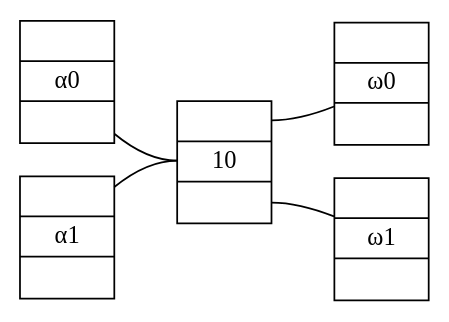
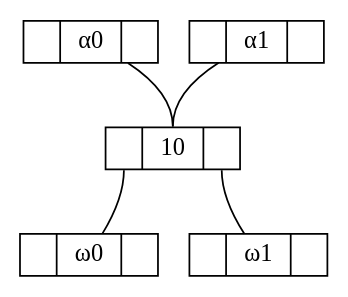
Before and after one commit to grootstebozewolf/networks: the diagram in 2 binairy tree general.gv.dot, drawn with Graphviz. The commit also changed 6 other files, not shown here.

```diff
--- a/2 binairy tree general.gv.dot
+++ b/2 binairy tree general.gv.dot
@@ -1,38 +1,36 @@
-graph "strict" {
-	graph [bb="0,0,234,158",
-		rankdir=LR
-	];
+graph "2 binairy tree general" {
+	graph [bb="0,0,164,144"];
 	node [height=.1,
 		label="\N",
 		shape=record
 	];
-	α0	 [height=0.97222,
+	10	 [height=0.33333,
+		label="<f0> |<f1> 10|<f2>",
+		pos="81.5,72",
+		rects="46.5,60.5,66.5,83.5 66.5,60.5,96.5,83.5 96.5,60.5,116.5,83.5",
+		width=0.97222];
+	ω0	 [height=0.33333,
+		label="<f0> |<f1> ω0|<f2>",
+		pos="36.5,12",
+		rects="0,0.5,20,23.5 20,0.5,53,23.5 53,0.5,73,23.5",
+		width=1.0139];
+	10:f0 -- ω0	 [pos="56.5,60 56.5,46.698 49.634,32.848 43.947,23.659"];
+	ω1	 [height=0.33333,
+		label="<f0> |<f1> ω1|<f2>",
+		pos="127.5,12",
+		rects="91,0.5,111,23.5 111,0.5,144,23.5 144,0.5,164,23.5",
+		width=1.0139];
+	10:f2 -- ω1	 [pos="106.5,60 106.5,46.594 113.71,32.762 119.68,23.606"];
+	α0	 [height=0.33333,
 		label="<f0> |<f1> α0|<f2>",
-		pos="27,123",
-		rects="0,134.5,54,157.5 0,111.5,54,134.5 0,88.5,54,111.5",
-		width=0.75];
-	10	 [height=0.97222,
-		label="<f0> |<f1> 10|<f2>",
-		pos="117,79",
-		rects="90,90.5,144,113.5 90,67.5,144,90.5 90,44.5,144,67.5",
-		width=0.75];
-	α0 -- 10:f1	 [pos="54.002,94.142 64.206,85.849 76.669,79 90,79"];
-	ω0	 [height=0.97222,
-		label="<f0> |<f1> ω0|<f2>",
-		pos="207,123",
-		rects="180,134.5,234,157.5 180,111.5,234,134.5 180,88.5,234,111.5",
-		width=0.75];
-	α1	 [height=0.97222,
+		pos="37.5,132",
+		rects="2,120.5,22,143.5 22,120.5,53,143.5 53,120.5,73,143.5",
+		width=0.98611];
+	α0 -- 10:f1	 [pos="56.415,120.43 68.341,112.24 81.5,99.648 81.5,84"];
+	α1	 [height=0.33333,
 		label="<f0> |<f1> α1|<f2>",
-		pos="27,35",
-		rects="0,46.5,54,69.5 0,23.5,54,46.5 0,0.5,54,23.5",
-		width=0.75];
-	α1 -- 10:f1	 [pos="54.002,63.858 64.206,72.151 76.669,79 90,79"];
-	ω1	 [height=0.97222,
-		label="<f0> |<f1> ω1|<f2>",
-		pos="207,35",
-		rects="180,46.5,234,69.5 180,23.5,234,46.5 180,0.5,234,23.5",
-		width=0.75];
-	10:f0 -- ω0	 [pos="144,102 156.16,102 168.99,105.67 179.8,109.94"];
-	10:f2 -- ω1	 [pos="144,56 156.16,56 168.99,52.331 179.8,48.061"];
+		pos="126.5,132",
+		rects="91,120.5,111,143.5 111,120.5,142,143.5 142,120.5,162,143.5",
+		width=0.98611];
+	α1 -- 10:f1	 [pos="106.89,120.36 94.767,112.21 81.5,99.702 81.5,84"];
 }
```
